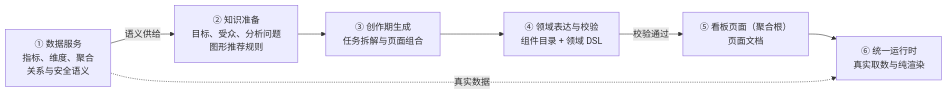
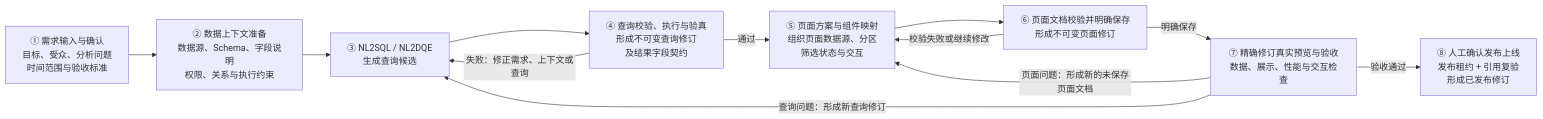
The diagram in docs/dashboard-page-building-process.md (CCharlesMeng/MetricCanvas), drawn with Mermaid before and after one commit. The commit also changed other lines of this file and 1 other file, not shown here.

````diff
--- a/docs/dashboard-page-building-process.md
+++ b/docs/dashboard-page-building-process.md
@@ -42,16 +24,23 @@
 ```mermaid
 flowchart LR
-    DS["① 数据服务<br/>指标、维度、聚合<br/>关系与安全语义"]
-    KNOWLEDGE["② 知识准备<br/>目标、受众、分析问题<br/>图形推荐规则"]
-    GENERATE["③ 创作期生成<br/>任务拆解与页面组合"]
-    DOMAIN["④ 领域表达与校验<br/>组件目录 + 领域 DSL"]
-    PAGE["⑤ 看板页面（聚合根）<br/>页面文档"]
-    RUNTIME["⑥ 统一运行时<br/>真实取数与纯渲染"]
+    REQUIREMENT["① 需求输入与确认<br/>目标、受众、分析问题<br/>时间范围与验收标准"]
+    CONTEXT["② 数据上下文准备<br/>数据源、Schema、字段说明<br/>权限、关系与执行约束"]
+    GENERATE["③ NL2SQL / NL2DQE<br/>生成查询候选"]
+    VERIFY["④ 查询校验、执行与验真<br/>形成不可变查询修订<br/>及结果字段契约"]
+    COMPOSE["⑤ 页面方案与组件映射<br/>组织页面数据源、分区<br/>筛选状态与交互"]
+    REVISION["⑥ 页面文档校验并明确保存<br/>形成不可变页面修订"]
+    ACCEPTANCE["⑦ 精确修订真实预览与验收<br/>数据、展示、性能与交互检查"]
+    RELEASE["⑧ 人工确认发布上线<br/>发布租约 + 引用复验<br/>形成已发布修订"]
 
-    DS -->|"语义供给"| KNOWLEDGE
-    KNOWLEDGE --> GENERATE
-    GENERATE --> DOMAIN
-    DOMAIN -->|"校验通过"| PAGE
-    PAGE --> RUNTIME
-    DS -.->|"真实数据"| RUNTIME
+    REQUIREMENT --> CONTEXT
+    CONTEXT --> GENERATE
+    GENERATE --> VERIFY
+    VERIFY -->|"失败：修正需求、上下文或查询"| GENERATE
+    VERIFY -->|"通过"| COMPOSE
+    COMPOSE --> REVISION
+    REVISION -->|"校验失败或继续修改"| COMPOSE
+    REVISION -->|"明确保存"| ACCEPTANCE
+    ACCEPTANCE -->|"查询问题：形成新查询修订"| GENERATE
+    ACCEPTANCE -->|"页面问题：形成新的未保存页面文档"| COMPOSE
+    ACCEPTANCE -->|"验收通过"| RELEASE
 ```
````
